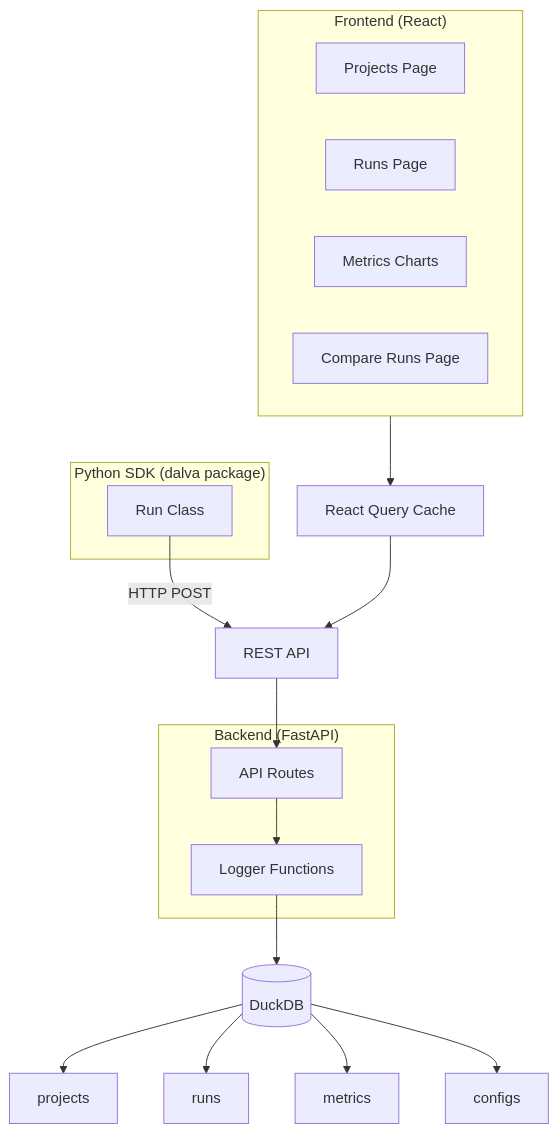
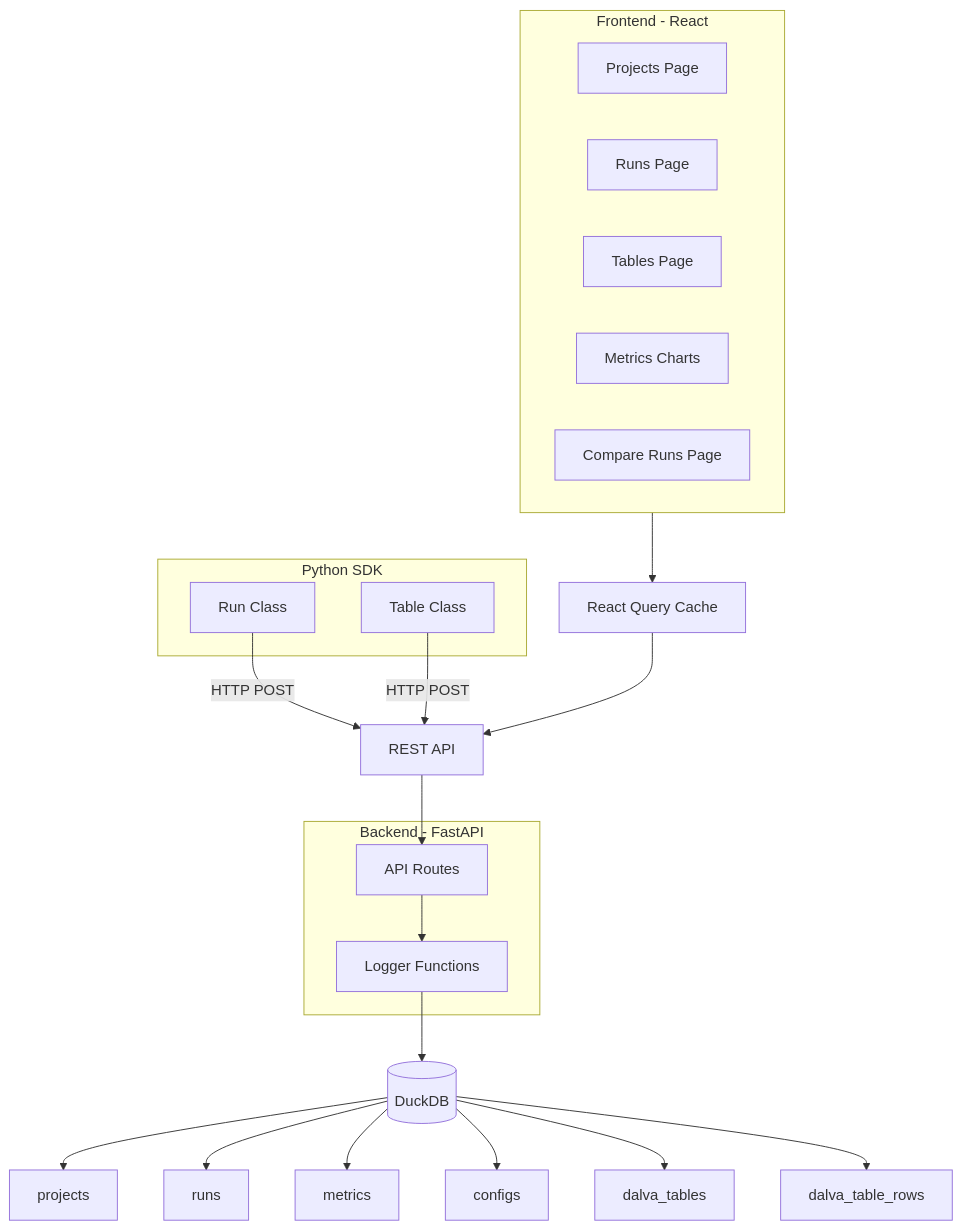
One commit to tuliosouza99/Dalva changed the first of 3 diagrams in docs/architecture.md. Above: the diagram before and after it, drawn with Mermaid. The commit also changed other lines of this file and 27 other files, not shown here.

First line of the commit message:
Add Table feature for tracking tabular data alongside runs

````diff
--- a/docs/architecture.md
+++ b/docs/architecture.md
@@ -13,33 +13,31 @@
 ```mermaid
 graph TB
-    subgraph SDK["Python SDK (dalva package)"]
-        Run[Run Class]
-    end
-    
-    Run -->|HTTP POST| API[REST API]
-    
-    subgraph Frontend["Frontend (React)"]
-        P[Projects Page]
-        R[Runs Page]
-        M[Metrics Charts]
-        C[Compare Runs Page]
-    end
-    
-    Frontend --> Q[React Query Cache]
-    Q --> API
-    
-    subgraph Backend["Backend (FastAPI)"]
-        Routes[API Routes]
-        LF[Logger Functions]
-    end
-    
-    API --> Routes
-    Routes --> LF
-    
-    LF --> DB[(DuckDB)]
-    
-    DB --> Projects[projects]
-    DB --> Runs[runs]
-    DB --> Metrics[metrics]
-    DB --> Configs[configs]
+subgraph SDK["Python SDK"]
+sdk_run[Run Class]
+sdk_table[Table Class]
+end
+sdk_run -->|HTTP POST| api[REST API]
+sdk_table -->|HTTP POST| api
+subgraph FE["Frontend - React"]
+fe_proj[Projects Page]
+fe_runs[Runs Page]
+fe_tables[Tables Page]
+fe_metrics[Metrics Charts]
+fe_compare[Compare Runs Page]
+end
+FE --> rq[React Query Cache]
+rq --> api
+subgraph BE["Backend - FastAPI"]
+routes[API Routes]
+logger[Logger Functions]
+end
+api --> routes
+routes --> logger
+logger --> db[(DuckDB)]
+db --> tbl_projects[projects]
+db --> tbl_runs[runs]
+db --> tbl_metrics[metrics]
+db --> tbl_configs[configs]
+db --> tbl_dalva_tables[dalva_tables]
+db --> tbl_dalva_rows[dalva_table_rows]
 ```
````
